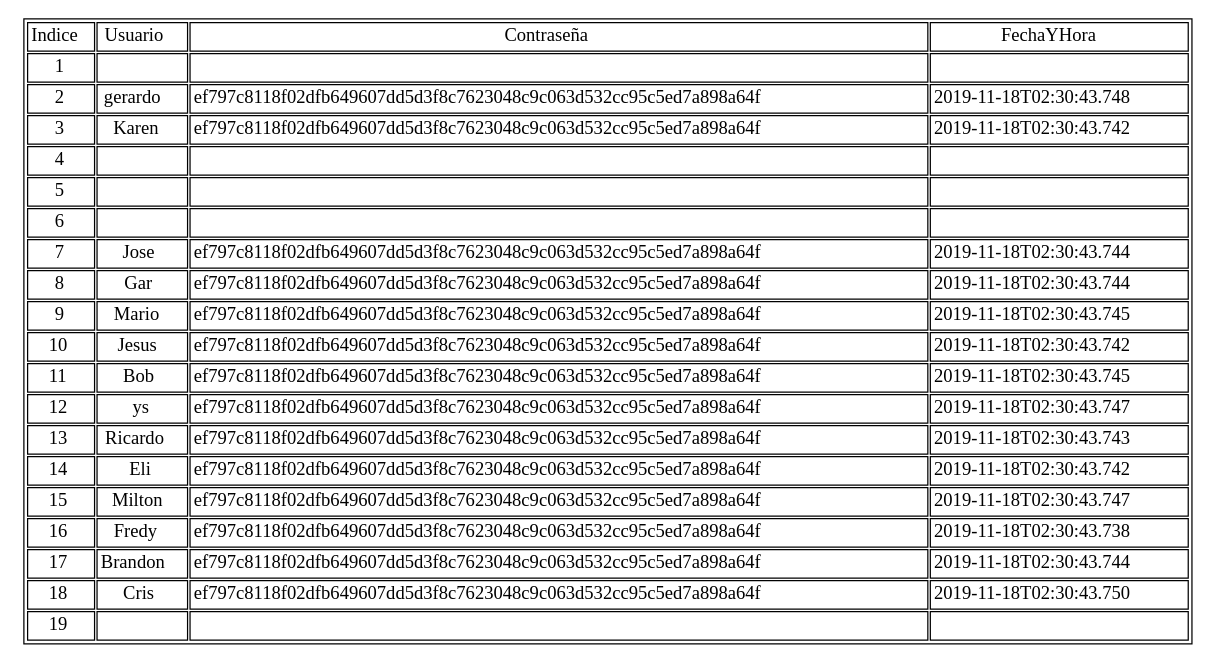
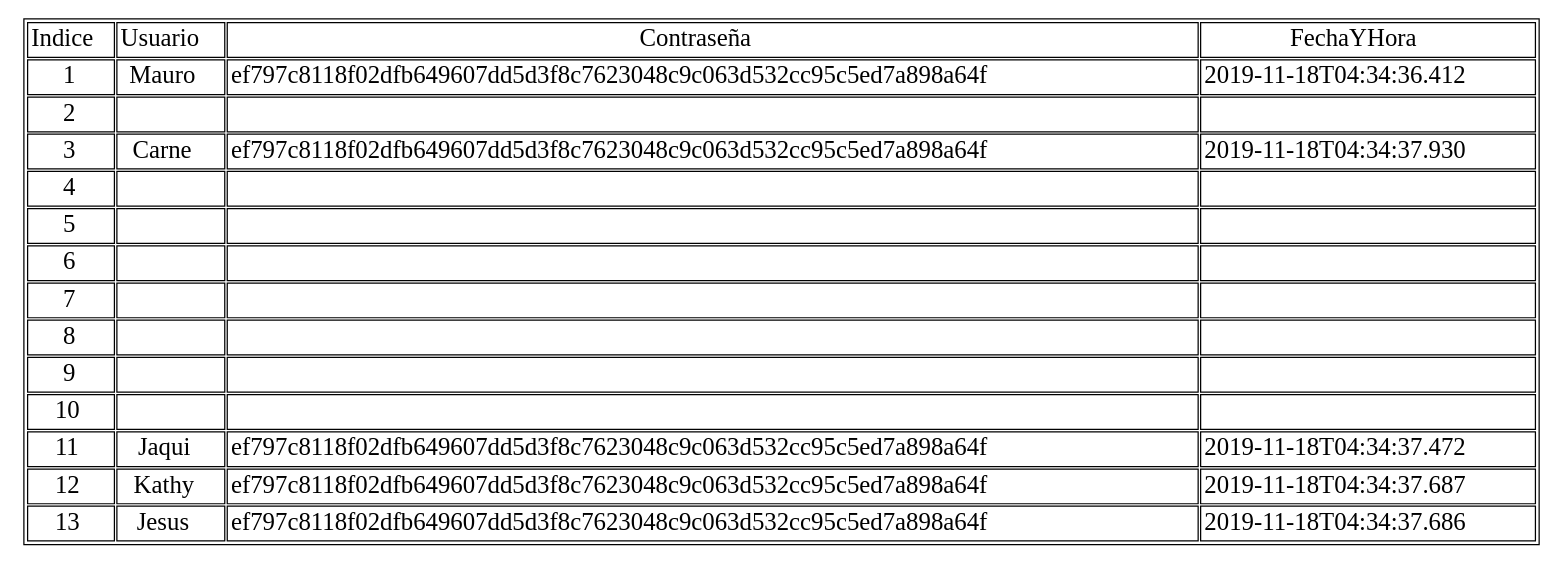
One commit to fraced97/EDD_2S2019_PY2_201700350 changed the diagram in HashTable.dot. Above: the diagram before and after it, drawn with Graphviz. The commit also changed 12 other files, not shown here.

```diff
--- a/HashTable.dot
+++ b/HashTable.dot
@@ -1,6 +1,6 @@
-digraph test {
+digraph G {
     graph [ratio=fill];
-    node [label="\N", fontsize=15, shape=plaintext];
+    node [label="\N", fontsize=20, shape=plaintext];
     arset [label=<
         <TABLE ALIGN="LEFT">
             <TR>
@@ -11,6 +11,20 @@
 <TR>
 <TD>
 1
+</TD>
+<TD>
+Mauro
+</TD>
+<TD>
+ef797c8118f02dfb649607dd5d3f8c7623048c9c063d532cc95c5ed7a898a64f
+</TD>
+<TD>
+2019-11-18T04:34:36.412
+</TD>
+</TR>
+<TR>
+<TD>
+2
 </TD>
 <TD>
 
@@ -24,30 +38,16 @@
 </TR>
 <TR>
 <TD>
-2
+3
 </TD>
 <TD>
-gerardo
+Carne
 </TD>
 <TD>
 ef797c8118f02dfb649607dd5d3f8c7623048c9c063d532cc95c5ed7a898a64f
 </TD>
 <TD>
-2019-11-18T02:30:43.748
-</TD>
-</TR>
-<TR>
-<TD>
-3
-</TD>
-<TD>
-Karen
-</TD>
-<TD>
-ef797c8118f02dfb649607dd5d3f8c7623048c9c063d532cc95c5ed7a898a64f
-</TD>
-<TD>
-2019-11-18T02:30:43.742
+2019-11-18T04:34:37.930
 </TD>
 </TR>
 <TR>
@@ -97,172 +97,18 @@
 7
 </TD>
 <TD>
-Jose
+
 </TD>
 <TD>
-ef797c8118f02dfb649607dd5d3f8c7623048c9c063d532cc95c5ed7a898a64f
+
 </TD>
 <TD>
-2019-11-18T02:30:43.744
+
 </TD>
 </TR>
 <TR>
 <TD>
 8
-</TD>
-<TD>
-Gar
-</TD>
-<TD>
-ef797c8118f02dfb649607dd5d3f8c7623048c9c063d532cc95c5ed7a898a64f
-</TD>
-<TD>
-2019-11-18T02:30:43.744
-</TD>
-</TR>
-<TR>
-<TD>
-9
-</TD>
-<TD>
-Mario
-</TD>
-<TD>
-ef797c8118f02dfb649607dd5d3f8c7623048c9c063d532cc95c5ed7a898a64f
-</TD>
-<TD>
-2019-11-18T02:30:43.745
-</TD>
-</TR>
-<TR>
-<TD>
-10
-</TD>
-<TD>
-Jesus
-</TD>
-<TD>
-ef797c8118f02dfb649607dd5d3f8c7623048c9c063d532cc95c5ed7a898a64f
-</TD>
-<TD>
-2019-11-18T02:30:43.742
-</TD>
-</TR>
-<TR>
-<TD>
-11
-</TD>
-<TD>
-Bob
-</TD>
-<TD>
-ef797c8118f02dfb649607dd5d3f8c7623048c9c063d532cc95c5ed7a898a64f
-</TD>
-<TD>
-2019-11-18T02:30:43.745
-</TD>
-</TR>
-<TR>
-<TD>
-12
-</TD>
-<TD>
-ys
-</TD>
-<TD>
-ef797c8118f02dfb649607dd5d3f8c7623048c9c063d532cc95c5ed7a898a64f
-</TD>
-<TD>
-2019-11-18T02:30:43.747
-</TD>
-</TR>
-<TR>
-<TD>
-13
-</TD>
-<TD>
-Ricardo
-</TD>
-<TD>
-ef797c8118f02dfb649607dd5d3f8c7623048c9c063d532cc95c5ed7a898a64f
-</TD>
-<TD>
-2019-11-18T02:30:43.743
-</TD>
-</TR>
-<TR>
-<TD>
-14
-</TD>
-<TD>
-Eli
-</TD>
-<TD>
-ef797c8118f02dfb649607dd5d3f8c7623048c9c063d532cc95c5ed7a898a64f
-</TD>
-<TD>
-2019-11-18T02:30:43.742
-</TD>
-</TR>
-<TR>
-<TD>
-15
-</TD>
-<TD>
-Milton
-</TD>
-<TD>
-ef797c8118f02dfb649607dd5d3f8c7623048c9c063d532cc95c5ed7a898a64f
-</TD>
-<TD>
-2019-11-18T02:30:43.747
-</TD>
-</TR>
-<TR>
-<TD>
-16
-</TD>
-<TD>
-Fredy
-</TD>
-<TD>
-ef797c8118f02dfb649607dd5d3f8c7623048c9c063d532cc95c5ed7a898a64f
-</TD>
-<TD>
-2019-11-18T02:30:43.738
-</TD>
-</TR>
-<TR>
-<TD>
-17
-</TD>
-<TD>
-Brandon
-</TD>
-<TD>
-ef797c8118f02dfb649607dd5d3f8c7623048c9c063d532cc95c5ed7a898a64f
-</TD>
-<TD>
-2019-11-18T02:30:43.744
-</TD>
-</TR>
-<TR>
-<TD>
-18
-</TD>
-<TD>
-Cris
-</TD>
-<TD>
-ef797c8118f02dfb649607dd5d3f8c7623048c9c063d532cc95c5ed7a898a64f
-</TD>
-<TD>
-2019-11-18T02:30:43.750
-</TD>
-</TR>
-<TR>
-<TD>
-19
 </TD>
 <TD>
 
@@ -274,6 +120,76 @@
 
 </TD>
 </TR>
+<TR>
+<TD>
+9
+</TD>
+<TD>
+
+</TD>
+<TD>
+
+</TD>
+<TD>
+
+</TD>
+</TR>
+<TR>
+<TD>
+10
+</TD>
+<TD>
+
+</TD>
+<TD>
+
+</TD>
+<TD>
+
+</TD>
+</TR>
+<TR>
+<TD>
+11
+</TD>
+<TD>
+Jaqui
+</TD>
+<TD>
+ef797c8118f02dfb649607dd5d3f8c7623048c9c063d532cc95c5ed7a898a64f
+</TD>
+<TD>
+2019-11-18T04:34:37.472
+</TD>
+</TR>
+<TR>
+<TD>
+12
+</TD>
+<TD>
+Kathy
+</TD>
+<TD>
+ef797c8118f02dfb649607dd5d3f8c7623048c9c063d532cc95c5ed7a898a64f
+</TD>
+<TD>
+2019-11-18T04:34:37.687
+</TD>
+</TR>
+<TR>
+<TD>
+13
+</TD>
+<TD>
+Jesus
+</TD>
+<TD>
+ef797c8118f02dfb649607dd5d3f8c7623048c9c063d532cc95c5ed7a898a64f
+</TD>
+<TD>
+2019-11-18T04:34:37.686
+</TD>
+</TR>
  </TABLE>
     >, ];
 }
```
